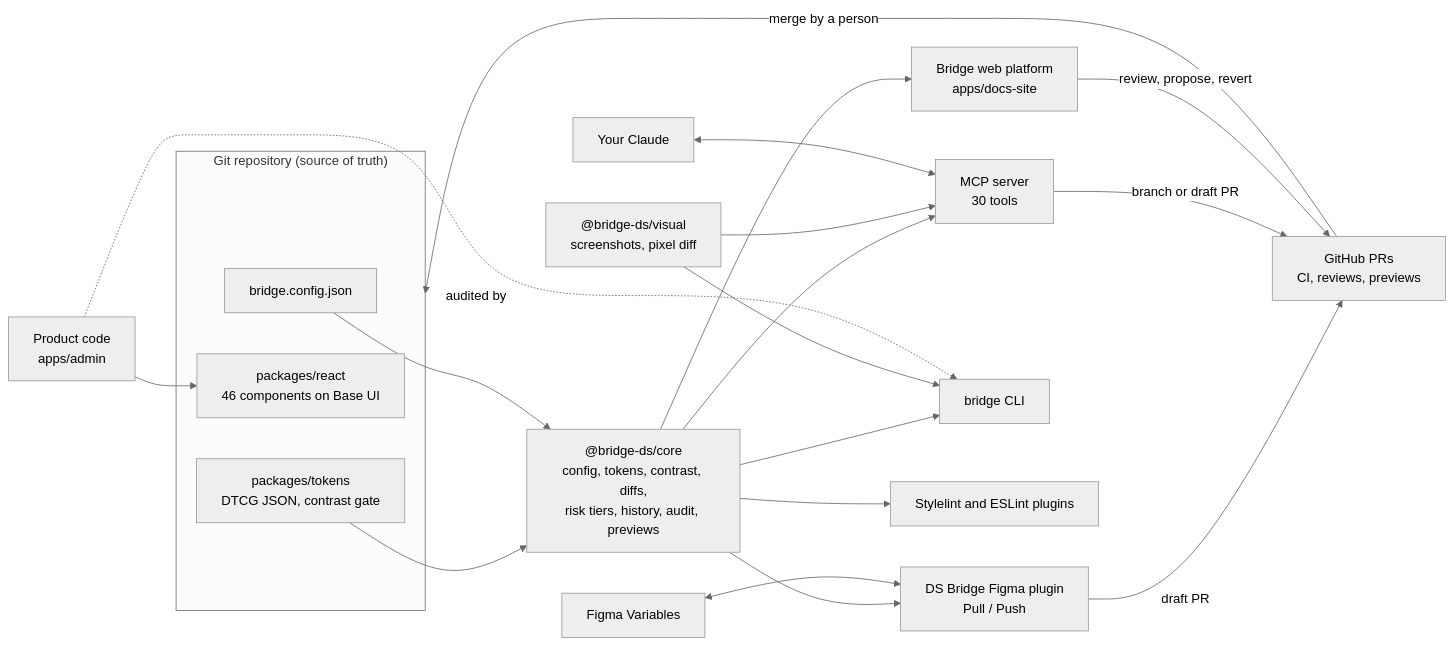
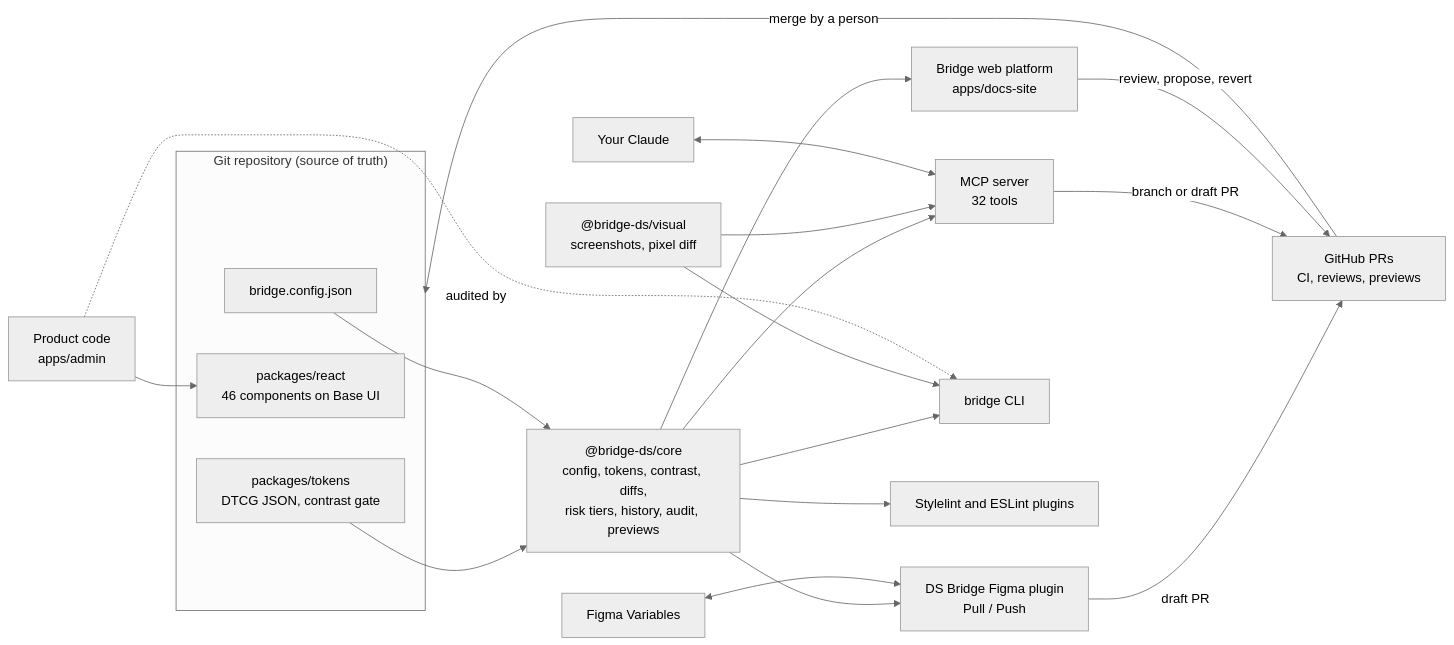
One commit to peterbono/ai-design-system-demo changed the diagram in README.md. Above: the diagram before and after it, drawn with Mermaid (neutral theme). The commit also changed other lines of this file and 20 other files, not shown here.

````diff
--- a/README.md
+++ b/README.md
@@ -111,31 +111,31 @@
 ```mermaid
 flowchart LR
   subgraph repo["Git repository (source of truth)"]
     tokens["packages/tokens<br/>DTCG JSON, contrast gate"]
     react["packages/react<br/>46 components on Base UI"]
     config["bridge.config.json"]
   end
 
   core["@bridge-ds/core<br/>config, tokens, contrast, diffs,<br/>risk tiers, history, audit, previews"]
 
   tokens --> core
   config --> core
 
   core --> docs["Bridge web platform<br/>apps/docs-site"]
   core --> plugin["DS Bridge Figma plugin<br/>Pull / Push"]
-  core --> mcp["MCP server<br/>30 tools"]
+  core --> mcp["MCP server<br/>32 tools"]
   core --> cli["bridge CLI"]
   core --> lint["Stylelint and ESLint plugins"]
   visual["@bridge-ds/visual<br/>screenshots, pixel diff"] --> cli
   visual --> mcp
 
   claude["Your Claude"] <--> mcp
   figma["Figma Variables"] <--> plugin
   product["Product code<br/>apps/admin"] --> react
   product -. audited by .-> cli
 
   plugin -- draft PR --> gh["GitHub PRs<br/>CI, reviews, previews"]
   mcp -- branch or draft PR --> gh
   docs -- review, propose, revert --> gh
   gh -- merge by a person --> repo
 ```
````
